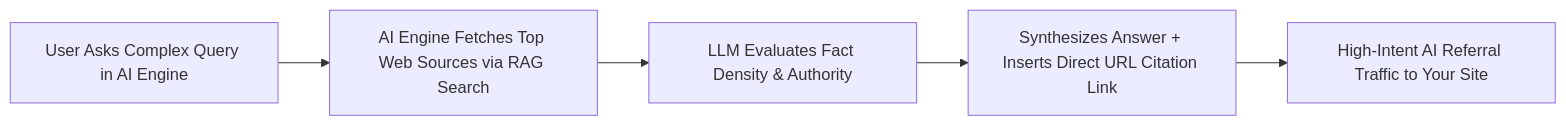
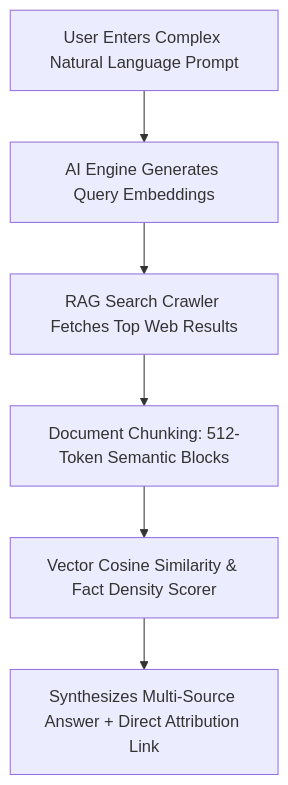
One commit to seoerai/seo changed the diagram in ai-seo-and-geo/README.md. Above: the diagram before and after it, drawn with Mermaid. The commit also changed other lines of this file and 3 other files, not shown here.

Commit message:
style: revamp publics/seo with SEOER.AI Lab Spec theme and AI-native architecture

````diff
--- a/ai-seo-and-geo/README.md
+++ b/ai-seo-and-geo/README.md
@@ -11,7 +11,8 @@
 ```mermaid
-flowchart LR
-    A[User Asks Complex Query in AI Engine] --> B[AI Engine Fetches Top Web Sources via RAG Search]
-    B --> C[LLM Evaluates Fact Density & Authority]
-    C --> D[Synthesizes Answer + Inserts Direct URL Citation Link]
-    D --> E[High-Intent AI Referral Traffic to Your Site]
+flowchart TD
+    A[User Enters Complex Natural Language Prompt] --> B[AI Engine Generates Query Embeddings]
+    B --> C[RAG Search Crawler Fetches Top Web Results]
+    C --> D[Document Chunking: 512-Token Semantic Blocks]
+    D --> E[Vector Cosine Similarity & Fact Density Scorer]
+    E --> F[Synthesizes Multi-Source Answer + Direct Attribution Link]
 ```
````
